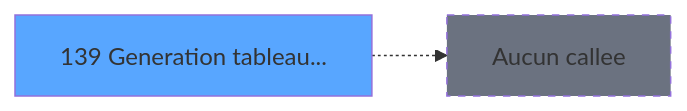
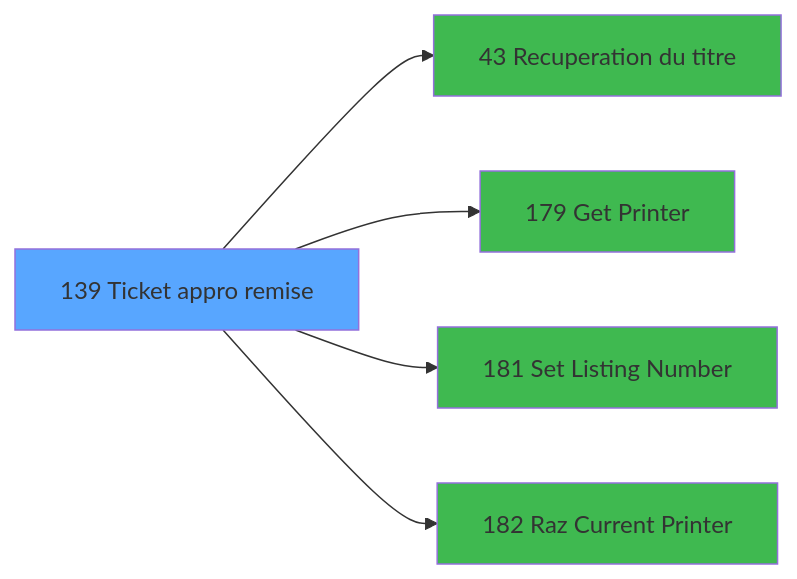
One commit to thonyAGP/lecteur-magic changed the third of 3 diagrams in .openspec/specs/ADH-IDE-139.md. Above: the diagram before and after it, drawn with Mermaid. The commit also changed other lines of this file and 493 other files, not shown here.

````diff
--- a/.openspec/specs/ADH-IDE-139.md
+++ b/.openspec/specs/ADH-IDE-139.md
@@ -305,8 +548,17 @@
 ```mermaid
 graph LR
-    T139[139 Generation tableau...]
+    T139[139 Ticket appro remise]
     style T139 fill:#58a6ff
-    NONE[Aucun callee]
-    T139 -.-> NONE
-    style NONE fill:#6b7280,stroke-dasharray: 5 5
+    C43[43 Recuperation du titre]
+    T139 --> C43
+    style C43 fill:#3fb950
+    C179[179 Get Printer]
+    T139 --> C179
+    style C179 fill:#3fb950
+    C181[181 Set Listing Number]
+    T139 --> C181
+    style C181 fill:#3fb950
+    C182[182 Raz Current Printer]
+    T139 --> C182
+    style C182 fill:#3fb950
 ```
````
